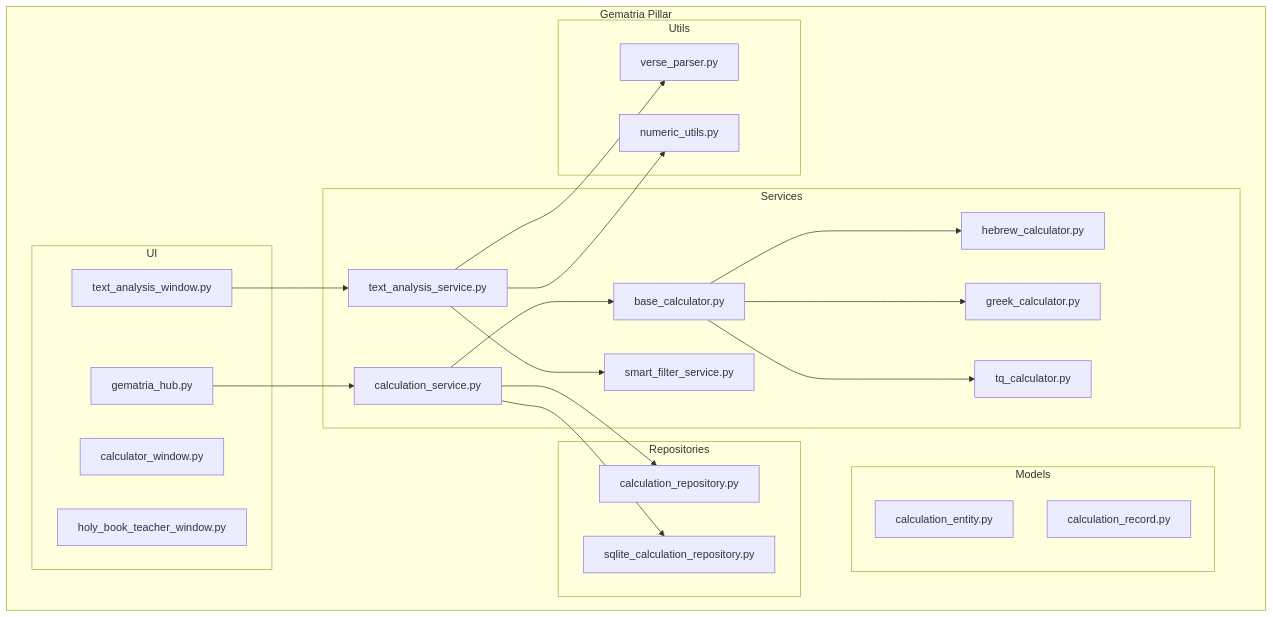
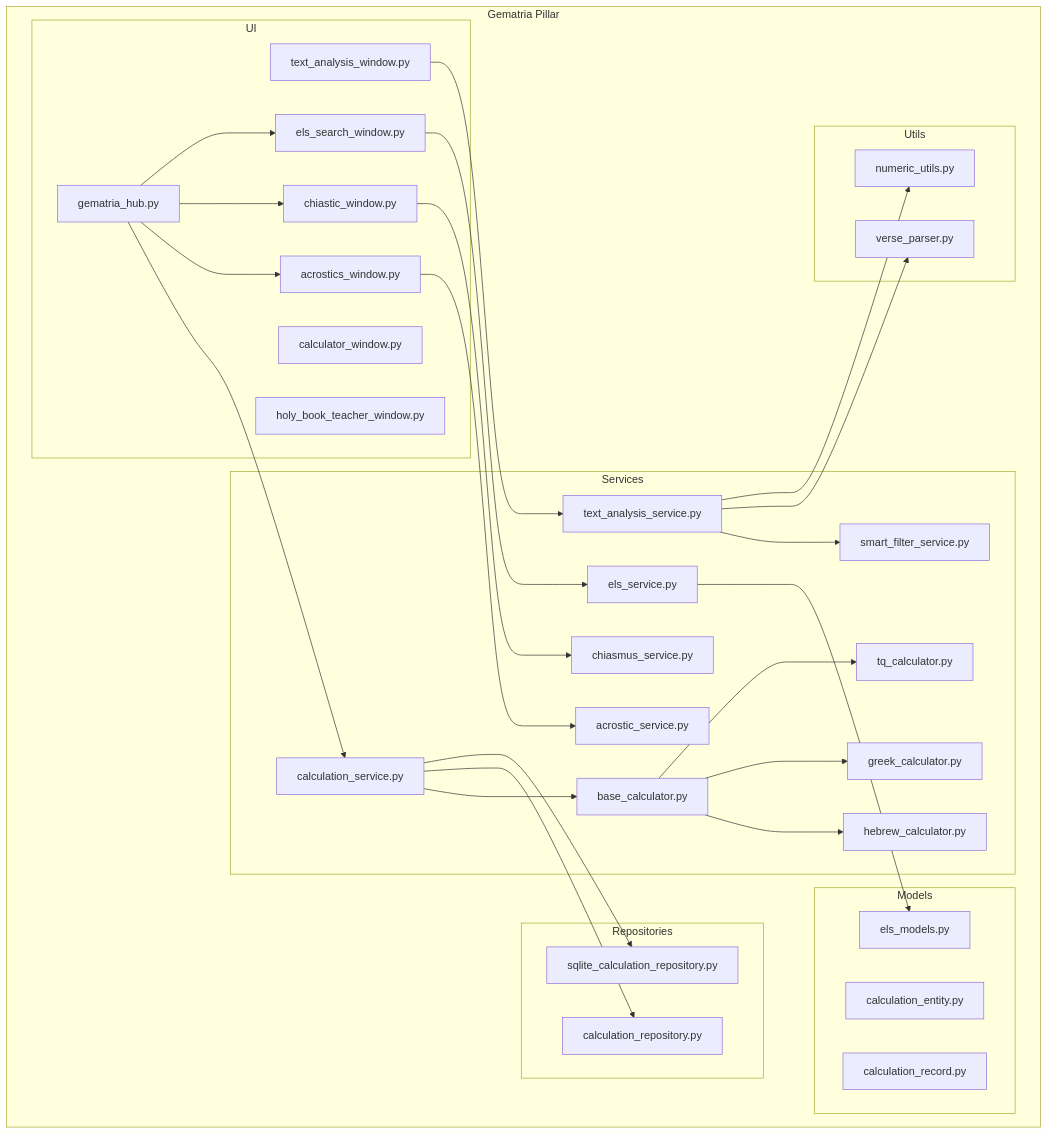
The first of 8 diagrams in .qoder/repowiki/en/content/Architecture Overview/Pillar-Based Architecture/Gematria Pillar/Gematria Pillar.md (TheDaniel166/IsopGem), drawn with Mermaid before and after one commit. The commit also changed other lines of this file and 29 other files, not shown here.

````diff
--- a/.qoder/repowiki/en/content/Architecture Overview/Pillar-Based Architecture/Gematria Pillar/Gematria Pillar.md
+++ b/.qoder/repowiki/en/content/Architecture Overview/Pillar-Based Architecture/Gematria Pillar/Gematria Pillar.md
@@ -42,43 +58,57 @@
 ```mermaid
 graph TD
 subgraph "Gematria Pillar"
 subgraph "UI"
 Hub[gematria_hub.py]
 Calculator[calculator_window.py]
 TextAnalysis[text_analysis_window.py]
 HolyBook[holy_book_teacher_window.py]
+Acrostics[acrostics_window.py]
+Chiasmus[chiastic_window.py]
+ELS[els_search_window.py]
 end
 subgraph "Services"
 CalculationService[calculation_service.py]
 BaseCalculator[base_calculator.py]
 Hebrew[hebrew_calculator.py]
 Greek[greek_calculator.py]
 TQ[tq_calculator.py]
 SmartFilter[smart_filter_service.py]
 TextAnalysisService[text_analysis_service.py]
+AcrosticService[acrostic_service.py]
+ChiasmusService[chiasmus_service.py]
+ELSService[els_service.py]
 end
 subgraph "Models"
 Entity[calculation_entity.py]
 Record[calculation_record.py]
+ELSModels[els_models.py]
 end
 subgraph "Repositories"
 WhooshRepo[calculation_repository.py]
 SQLiteRepo[sqlite_calculation_repository.py]
 end
 subgraph "Utils"
 VerseParser[verse_parser.py]
 NumericUtils[numeric_utils.py]
 end
 Hub --> CalculationService
 CalculationService --> BaseCalculator
 BaseCalculator --> Hebrew
 BaseCalculator --> Greek
 BaseCalculator --> TQ
 CalculationService --> WhooshRepo
 CalculationService --> SQLiteRepo
 TextAnalysis --> TextAnalysisService
 TextAnalysisService --> SmartFilter
 TextAnalysisService --> VerseParser
 TextAnalysisService --> NumericUtils
+Hub --> Acrostics
+Hub --> Chiasmus
+Hub --> ELS
+Acrostics --> AcrosticService
+Chiasmus --> ChiasmusService
+ELS --> ELSService
+ELSService --> ELSModels
 end
 ```
````
